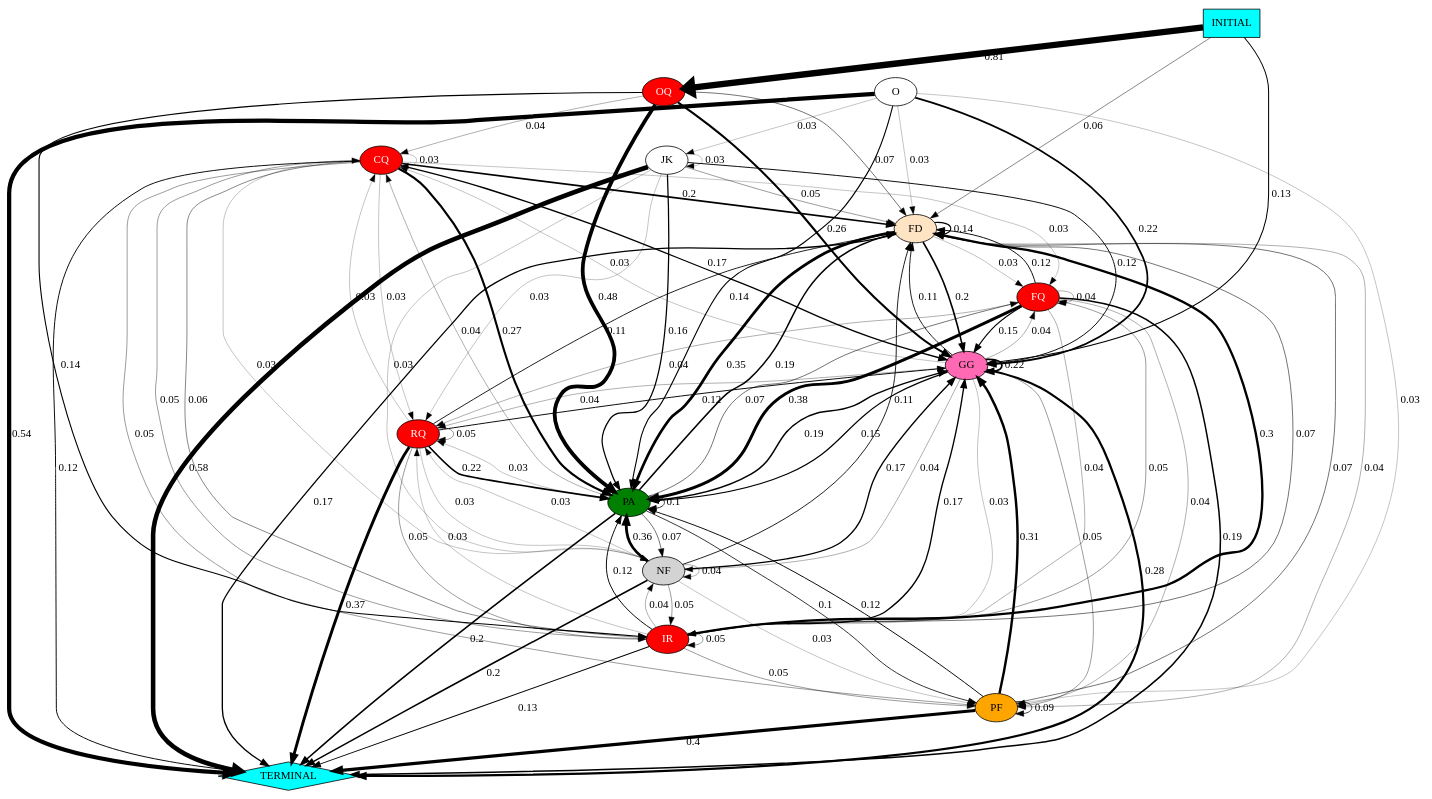
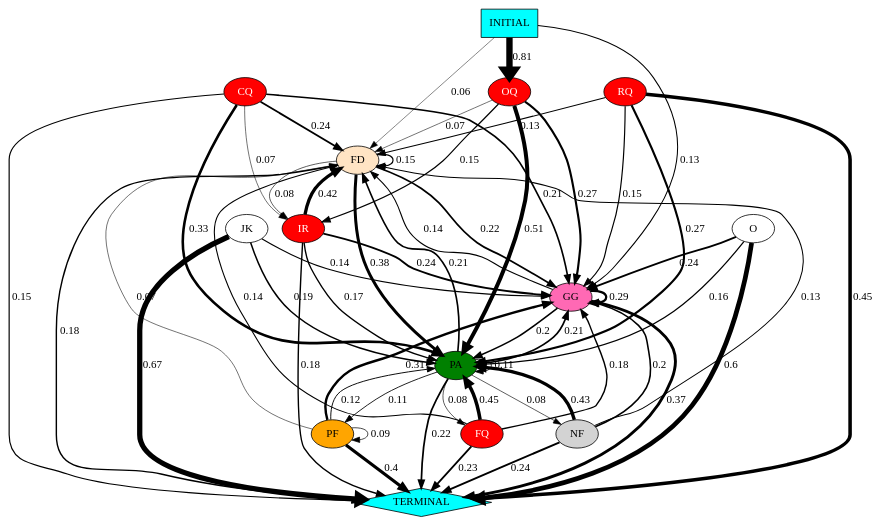
One commit to prdwb/Model-Inference changed the diagram in figures and graphs/qa_all_refine_style.dot. Above: the diagram before and after it, drawn with Graphviz. The commit also changed 2 other files, not shown here.

```diff
--- a/figures and graphs/qa_all_refine_style.dot
+++ b/figures and graphs/qa_all_refine_style.dot
@@ -1,112 +1,71 @@
 digraph "G" {
 0 [label="CQ", fillcolor=red, style=filled, fontcolor=white];
 1 [label="FD", fillcolor=bisque, style=filled, fontcolor=black];
 2 [label="FQ", fillcolor=red, style=filled, fontcolor=white];
 3 [label="GG", fillcolor=hotpink, style=filled];
 4 [label="IR", fillcolor=red, style=filled, fontcolor=white];
 5 [label="JK"];
 6 [label="NF", orange=red, style=filled];
 7 [label="O"];
 8 [label="OQ", fillcolor=red, style=filled, fontcolor=white];
 9 [label="PA", fillcolor=green, style=filled];
 10 [label="PF", fillcolor=orange, style=filled];
 11 [label="RQ", fillcolor=red, style=filled, fontcolor=white];
 12 [label="TERMINAL", shape=diamond, fillcolor=cyan, style=filled];
 13 [label="INITIAL", shape=box, fillcolor=cyan, style=filled];
-0 -> 0  [label="0.03", penwidth="0.3"];
-0 -> 1  [label="0.2", penwidth="2.0"];
-0 -> 2  [label="0.03", penwidth="0.3"];
-0 -> 3  [label="0.17", penwidth="1.7000000000000002"];
-0 -> 4  [label="0.06", penwidth="0.6"];
-0 -> 6  [label="0.03", penwidth="0.3"];
-0 -> 9  [label="0.27", penwidth="2.7"];
-0 -> 10  [label="0.05", penwidth="0.5"];
-0 -> 11  [label="0.03", penwidth="0.3"];
-0 -> 12  [label="0.12", penwidth="1.2"];
-1 -> 1  [label="0.14", penwidth="1.4000000000000001"];
-1 -> 2  [label="0.03", penwidth="0.3"];
-1 -> 3  [label="0.2", penwidth="2.0"];
-1 -> 4  [label="0.07", penwidth="0.7000000000000001"];
-1 -> 9  [label="0.35", penwidth="3.5"];
-1 -> 10  [label="0.04", penwidth="0.4"];
-1 -> 12  [label="0.17", penwidth="1.7000000000000002"];
-2 -> 1  [label="0.12", penwidth="1.2"];
-2 -> 2  [label="0.04", penwidth="0.4"];
-2 -> 3  [label="0.15", penwidth="1.5"];
-2 -> 4  [label="0.04", penwidth="0.4"];
-2 -> 9  [label="0.38", penwidth="3.8"];
-2 -> 10  [label="0.04", penwidth="0.4"];
-2 -> 11  [label="0.04", penwidth="0.4"];
-2 -> 12  [label="0.19", penwidth="1.9"];
-3 -> 0  [label="0.03", penwidth="0.3"];
-3 -> 1  [label="0.11", penwidth="1.1"];
-3 -> 2  [label="0.04", penwidth="0.4"];
-3 -> 3  [label="0.22", penwidth="2.2"];
-3 -> 4  [label="0.03", penwidth="0.3"];
-3 -> 6  [label="0.04", penwidth="0.4"];
-3 -> 9  [label="0.15", penwidth="1.5"];
-3 -> 10  [label="0.05", penwidth="0.5"];
-3 -> 11  [label="0.04", penwidth="0.4"];
-3 -> 12  [label="0.28", penwidth="2.8000000000000003"];
-4 -> 0  [label="0.05", penwidth="0.5"];
-4 -> 1  [label="0.3", penwidth="3.0"];
-4 -> 2  [label="0.05", penwidth="0.5"];
-4 -> 3  [label="0.17", penwidth="1.7000000000000002"];
-4 -> 4  [label="0.05", penwidth="0.5"];
-4 -> 6  [label="0.04", penwidth="0.4"];
-4 -> 9  [label="0.12", penwidth="1.2"];
-4 -> 10  [label="0.05", penwidth="0.5"];
-4 -> 11  [label="0.03", penwidth="0.3"];
-4 -> 12  [label="0.13", penwidth="1.3"];
-5 -> 1  [label="0.05", penwidth="0.5"];
-5 -> 3  [label="0.12", penwidth="1.2"];
-5 -> 5  [label="0.03", penwidth="0.3"];
-5 -> 6  [label="0.03", penwidth="0.3"];
-5 -> 9  [label="0.16", penwidth="1.6"];
-5 -> 11  [label="0.03", penwidth="0.3"];
-5 -> 12  [label="0.58", penwidth="5.8"];
-6 -> 1  [label="0.11", penwidth="1.1"];
-6 -> 3  [label="0.17", penwidth="1.7000000000000002"];
-6 -> 4  [label="0.05", penwidth="0.5"];
-6 -> 6  [label="0.04", penwidth="0.4"];
-6 -> 9  [label="0.36", penwidth="3.5999999999999996"];
-6 -> 10  [label="0.03", penwidth="0.3"];
-6 -> 11  [label="0.03", penwidth="0.3"];
-6 -> 12  [label="0.2", penwidth="2.0"];
-7 -> 1  [label="0.03", penwidth="0.3"];
-7 -> 3  [label="0.22", penwidth="2.2"];
-7 -> 5  [label="0.03", penwidth="0.3"];
-7 -> 9  [label="0.14", penwidth="1.4000000000000001"];
-7 -> 10  [label="0.03", penwidth="0.3"];
-7 -> 12  [label="0.54", penwidth="5.4"];
-8 -> 0  [label="0.04", penwidth="0.4"];
+0 -> 1  [label="0.24", penwidth="2.4"];
+0 -> 3  [label="0.21", penwidth="2.1"];
+0 -> 4  [label="0.07", penwidth="0.7000000000000001"];
+0 -> 9  [label="0.33", penwidth="3.3000000000000003"];
+0 -> 12  [label="0.15", penwidth="1.5"];
+1 -> 1  [label="0.15", penwidth="1.5"];
+1 -> 3  [label="0.22", penwidth="2.2"];
+1 -> 4  [label="0.08", penwidth="0.8"];
+1 -> 9  [label="0.38", penwidth="3.8"];
+1 -> 12  [label="0.18", penwidth="1.7999999999999998"];
+2 -> 1  [label="0.14", penwidth="1.4000000000000001"];
+2 -> 3  [label="0.18", penwidth="1.7999999999999998"];
+2 -> 9  [label="0.45", penwidth="4.5"];
+2 -> 12  [label="0.23", penwidth="2.3000000000000003"];
+3 -> 1  [label="0.14", penwidth="1.4000000000000001"];
+3 -> 3  [label="0.29", penwidth="2.9"];
+3 -> 9  [label="0.2", penwidth="2.0"];
+3 -> 12  [label="0.37", penwidth="3.7"];
+4 -> 1  [label="0.42", penwidth="4.2"];
+4 -> 3  [label="0.24", penwidth="2.4"];
+4 -> 9  [label="0.17", penwidth="1.7000000000000002"];
+4 -> 12  [label="0.18", penwidth="1.7999999999999998"];
+5 -> 3  [label="0.14", penwidth="1.4000000000000001"];
+5 -> 9  [label="0.19", penwidth="1.9"];
+5 -> 12  [label="0.67", penwidth="6.7"];
+6 -> 1  [label="0.13", penwidth="1.3"];
+6 -> 3  [label="0.2", penwidth="2.0"];
+6 -> 9  [label="0.43", penwidth="4.3"];
+6 -> 12  [label="0.24", penwidth="2.4"];
+7 -> 3  [label="0.24", penwidth="2.4"];
+7 -> 9  [label="0.16", penwidth="1.6"];
+7 -> 12  [label="0.6", penwidth="6.0"];
 8 -> 1  [label="0.07", penwidth="0.7000000000000001"];
-8 -> 3  [label="0.26", penwidth="2.6"];
-8 -> 4  [label="0.14", penwidth="1.4000000000000001"];
-8 -> 9  [label="0.48", penwidth="4.8"];
-9 -> 0  [label="0.04", penwidth="0.4"];
-9 -> 1  [label="0.19", penwidth="1.9"];
-9 -> 2  [label="0.07", penwidth="0.7000000000000001"];
-9 -> 3  [label="0.19", penwidth="1.9"];
-9 -> 6  [label="0.07", penwidth="0.7000000000000001"];
-9 -> 9  [label="0.1", penwidth="1.0"];
-9 -> 10  [label="0.1", penwidth="1.0"];
-9 -> 11  [label="0.03", penwidth="0.3"];
-9 -> 12  [label="0.2", penwidth="2.0"];
+8 -> 3  [label="0.27", penwidth="2.7"];
+8 -> 4  [label="0.15", penwidth="1.5"];
+8 -> 9  [label="0.51", penwidth="5.1"];
+9 -> 1  [label="0.21", penwidth="2.1"];
+9 -> 2  [label="0.08", penwidth="0.8"];
+9 -> 3  [label="0.21", penwidth="2.1"];
+9 -> 6  [label="0.08", penwidth="0.8"];
+9 -> 9  [label="0.11", penwidth="1.1"];
+9 -> 10  [label="0.11", penwidth="1.1"];
+9 -> 12  [label="0.22", penwidth="2.2"];
 10 -> 1  [label="0.07", penwidth="0.7000000000000001"];
 10 -> 3  [label="0.31", penwidth="3.1"];
 10 -> 9  [label="0.12", penwidth="1.2"];
 10 -> 10  [label="0.09", penwidth="0.8999999999999999"];
 10 -> 12  [label="0.4", penwidth="4.0"];
-11 -> 0  [label="0.03", penwidth="0.3"];
-11 -> 1  [label="0.11", penwidth="1.1"];
-11 -> 3  [label="0.12", penwidth="1.2"];
-11 -> 4  [label="0.05", penwidth="0.5"];
-11 -> 6  [label="0.03", penwidth="0.3"];
-11 -> 9  [label="0.22", penwidth="2.2"];
-11 -> 11  [label="0.05", penwidth="0.5"];
-11 -> 12  [label="0.37", penwidth="3.7"];
+11 -> 1  [label="0.13", penwidth="1.3"];
+11 -> 3  [label="0.15", penwidth="1.5"];
+11 -> 9  [label="0.27", penwidth="2.7"];
+11 -> 12  [label="0.45", penwidth="4.5"];
 13 -> 1  [label="0.06", penwidth="0.6"];
 13 -> 3  [label="0.13", penwidth="1.3"];
 13 -> 8  [label="0.81", penwidth="8.100000000000001"];
 }
```
